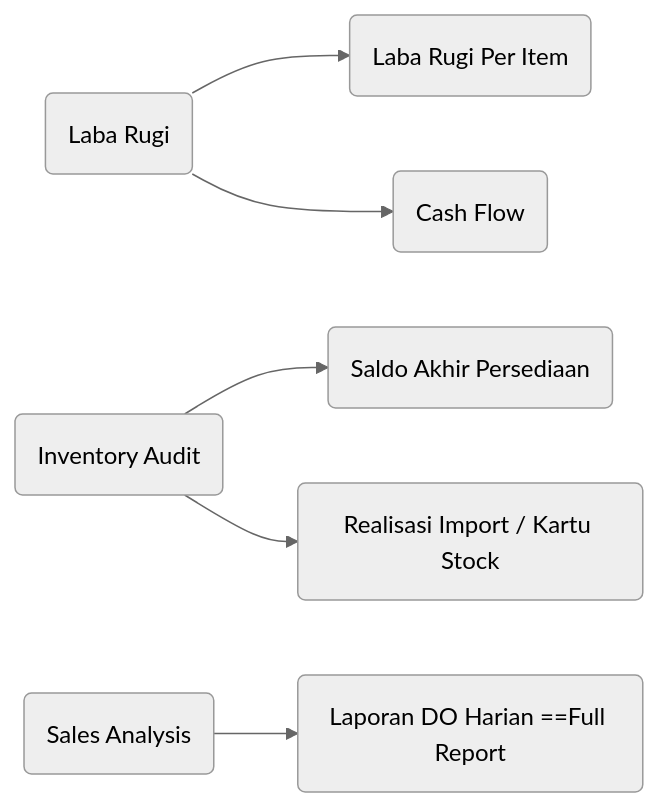
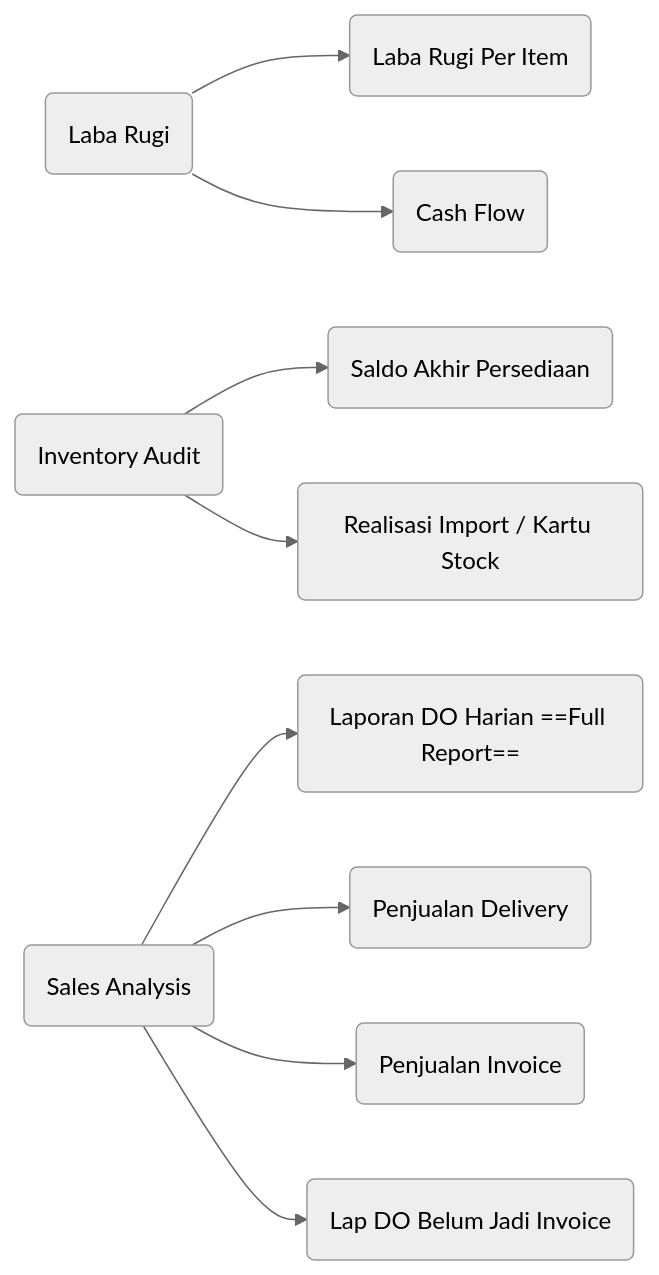
The diagram in cnw_awr28_doc.md (andyut/cnw_doc), drawn with Mermaid (neutral theme) before and after one commit. The commit also changed other lines of this file, not shown here.

Commit message:
cnw_awr28_doc.md updated from https://stackedit.io/

````diff
--- a/cnw_awr28_doc.md
+++ b/cnw_awr28_doc.md
@@ -17,13 +17,19 @@
 ```mermaid
 graph LR
 A(Laba Rugi) --> A1(Laba Rugi Per Item)
 A --> A2(Cash Flow)
 
 B(Inventory Audit) --> B1(Saldo Akhir Persediaan)
 B --> B2(Realisasi Import / Kartu Stock)
 
-C(Sales Analysis) --> C1(Laporan DO Harian ==Full Report )
+C(Sales Analysis) --> C1(Laporan DO Harian ==Full Report==)
+C --> C2(Penjualan Delivery)
+C --> C3(Penjualan Invoice)
+C --> C4(Lap DO Belum Jadi Invoice)
+
+
+
 
 
 
 ```
````
